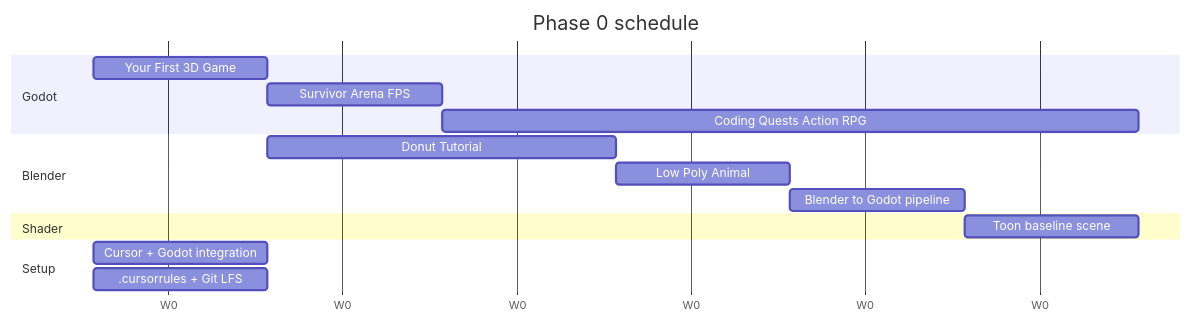
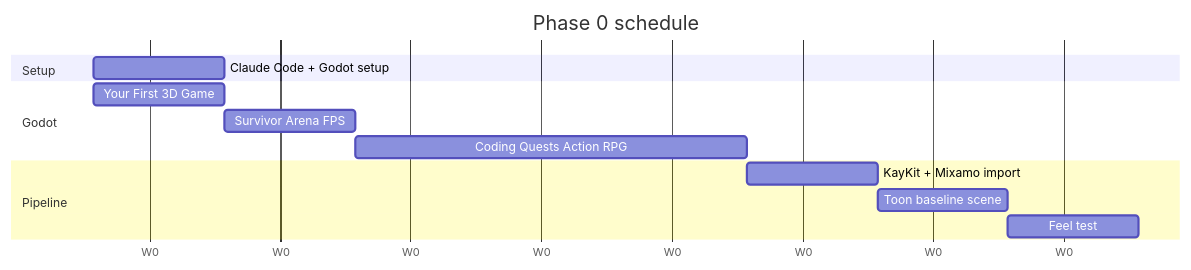
Before and after one commit to veloraine/greenrune: the fourth of 4 diagrams in docs/plan.md, drawn with Mermaid. The commit also changed other lines of this file and 7 other files, not shown here.

First line of the commit message:
chore: move AI setup from Cursor to Claude Code, drop Blender from Phase 0

````diff
--- a/docs/plan.md
+++ b/docs/plan.md
@@ -405,19 +372,16 @@
 ```mermaid
 gantt
     title Phase 0 schedule
     dateFormat X
     axisFormat W%w
+    section Setup
+    Claude Code + Godot setup :d1, 0, 1w
     section Godot
     Your First 3D Game        :a1, 0, 1w
     Survivor Arena FPS        :a2, after a1, 1w
-    Coding Quests Action RPG  :a3, after a2, 4w
-    section Blender
-    Donut Tutorial            :b1, after a1, 2w
-    Low Poly Animal           :b2, after b1, 1w
-    Blender to Godot pipeline :b3, after b2, 1w
-    section Shader
-    Toon baseline scene       :c1, after b3, 1w
-    section Setup
-    Cursor + Godot integration :d1, 0, 1w
-    .cursorrules + Git LFS     :d2, 0, 1w
+    Coding Quests Action RPG  :a3, after a2, 3w
+    section Pipeline
+    KayKit + Mixamo import    :b1, after a3, 1w
+    Toon baseline scene       :c1, after b1, 1w
+    Feel test                 :c2, after c1, 1w
 ```
````
